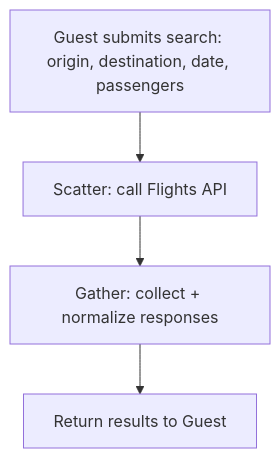
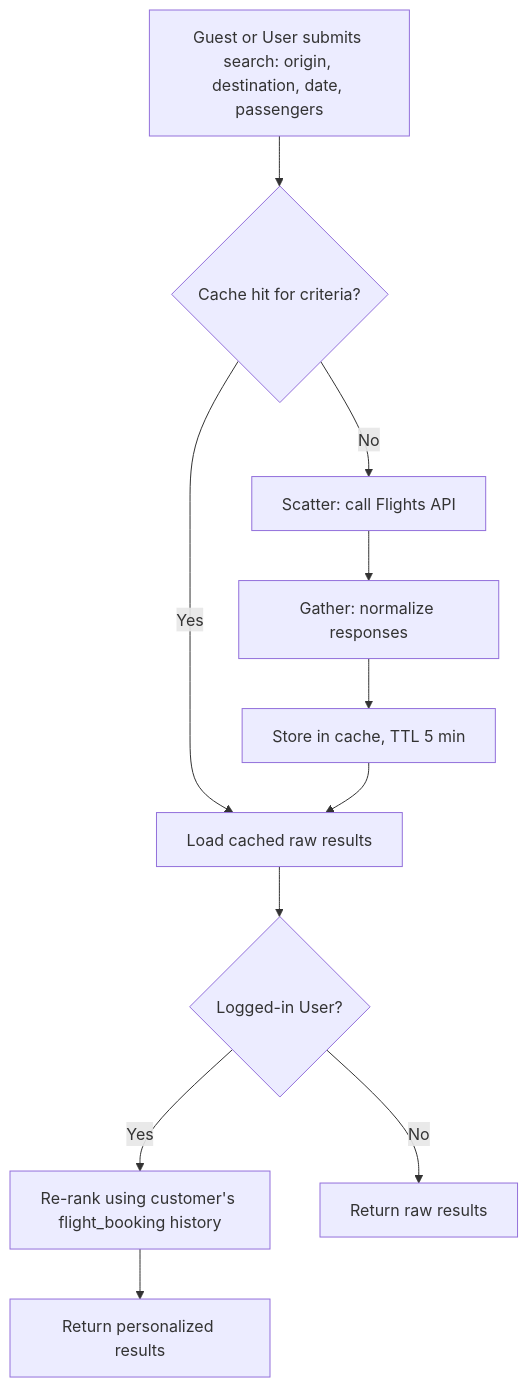
The first of 3 diagrams in diagrams/UC-03-search-flights.md (Backend-Mentor-ORG/booking), drawn with Mermaid before and after one commit. The commit also changed other lines of this file and 4 other files, not shown here.

Commit message:
Enhance caching strategy for Flights and Hotels API, update use case diagrams and pseudocode for improved performance and personalization

````diff
--- a/diagrams/UC-03-search-flights.md
+++ b/diagrams/UC-03-search-flights.md
@@ -8,6 +11,13 @@
 ```mermaid
 flowchart TD
-  A[Guest submits search: origin, destination, date, passengers] --> B[Scatter: call Flights API]
-  B --> C[Gather: collect + normalize responses]
-  C --> D[Return results to Guest]
+  A[Guest or User submits search: origin, destination, date, passengers] --> B{Cache hit for criteria?}
+  B -- Yes --> C[Load cached raw results]
+  B -- No --> D[Scatter: call Flights API]
+  D --> E[Gather: normalize responses]
+  E --> F[Store in cache, TTL 5 min]
+  F --> C
+  C --> G{Logged-in User?}
+  G -- Yes --> H[Re-rank using customer's flight_booking history]
+  G -- No --> I[Return raw results]
+  H --> J[Return personalized results]
 ```
````
